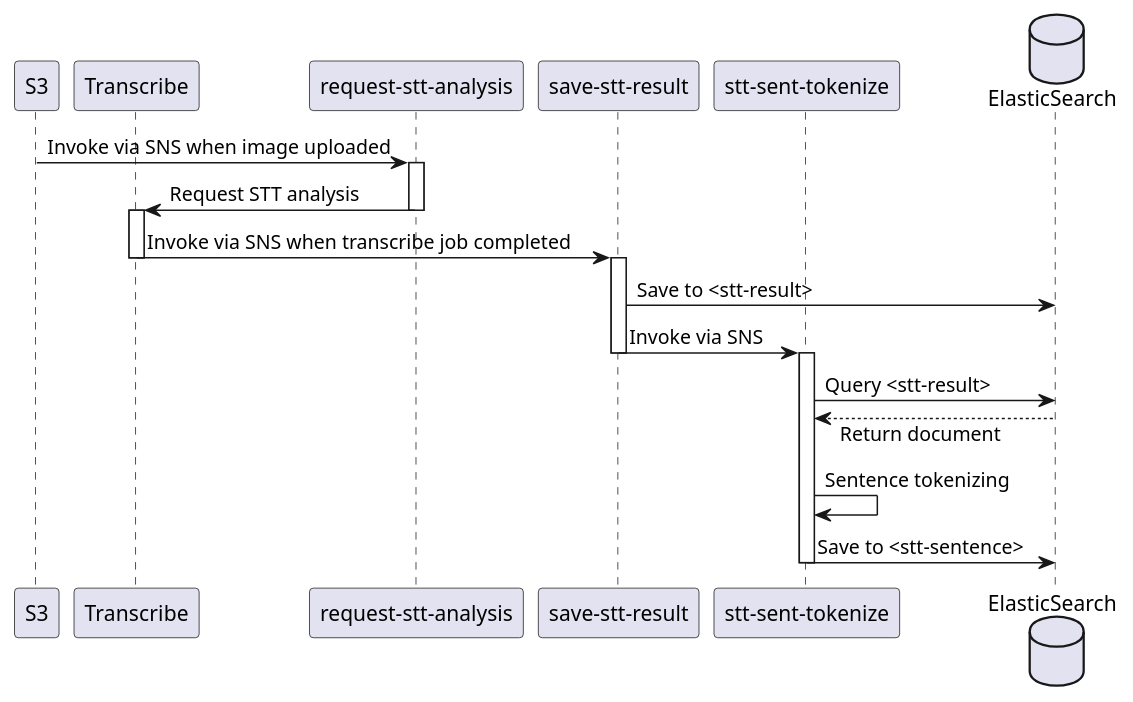
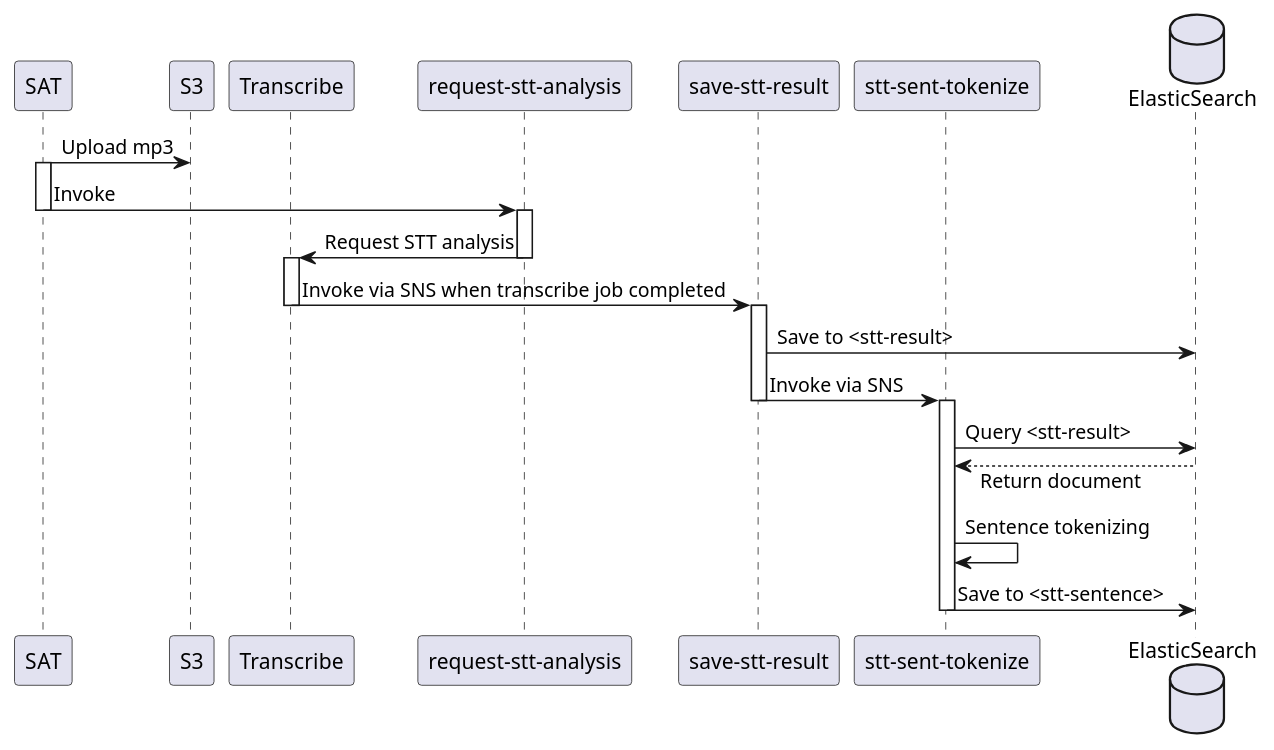
The diagram in doc/stt-process.puml (ipf-dev/sat-anti-luddite), drawn with PlantUML before and after one commit. The commit also changed 4 other files, not shown here.

First line of the commit message:
Impl [SAT 연동] request-stt-analysis 함수 수정

```diff
--- a/doc/stt-process.puml
+++ b/doc/stt-process.puml
@@ -1,31 +1,37 @@
 @startuml
 skinparam responseMessageBelowArrow true
 
+participant SAT
 participant S3
 participant Transcribe
 participant "request-stt-analysis"
 participant "save-stt-result"
 participant "stt-sent-tokenize"
 database ElasticSearch
 
-S3 -> "request-stt-analysis": Invoke via SNS when image uploaded
+SAT -> S3: Upload mp3
+
+activate SAT
+SAT -> "request-stt-analysis": Invoke
+deactivate SAT
+
 activate "request-stt-analysis"
-
 "request-stt-analysis" -> Transcribe: Request STT analysis
 deactivate "request-stt-analysis"
+
 activate Transcribe
 Transcribe -> "save-stt-result": Invoke via SNS when transcribe job completed
 deactivate Transcribe
 
 activate "save-stt-result"
 "save-stt-result" -> ElasticSearch: Save to <stt-result>
 "save-stt-result" -> "stt-sent-tokenize": Invoke via SNS
 deactivate "save-stt-result"
 
 activate "stt-sent-tokenize"
 "stt-sent-tokenize" -> ElasticSearch: Query <stt-result>
 "stt-sent-tokenize"<-- ElasticSearch: Return document
 "stt-sent-tokenize" -> "stt-sent-tokenize": Sentence tokenizing
 "stt-sent-tokenize" -> ElasticSearch: Save to <stt-sentence>
 deactivate "stt-sent-tokenize"
 @enduml
```
